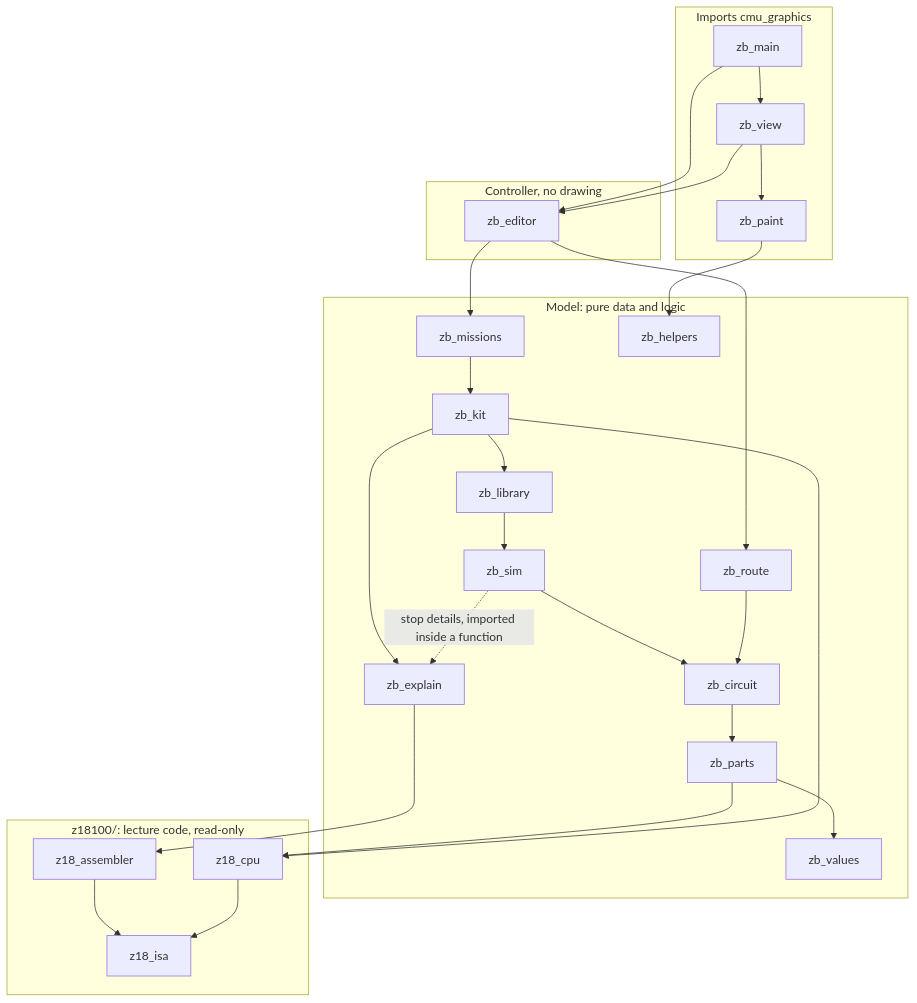
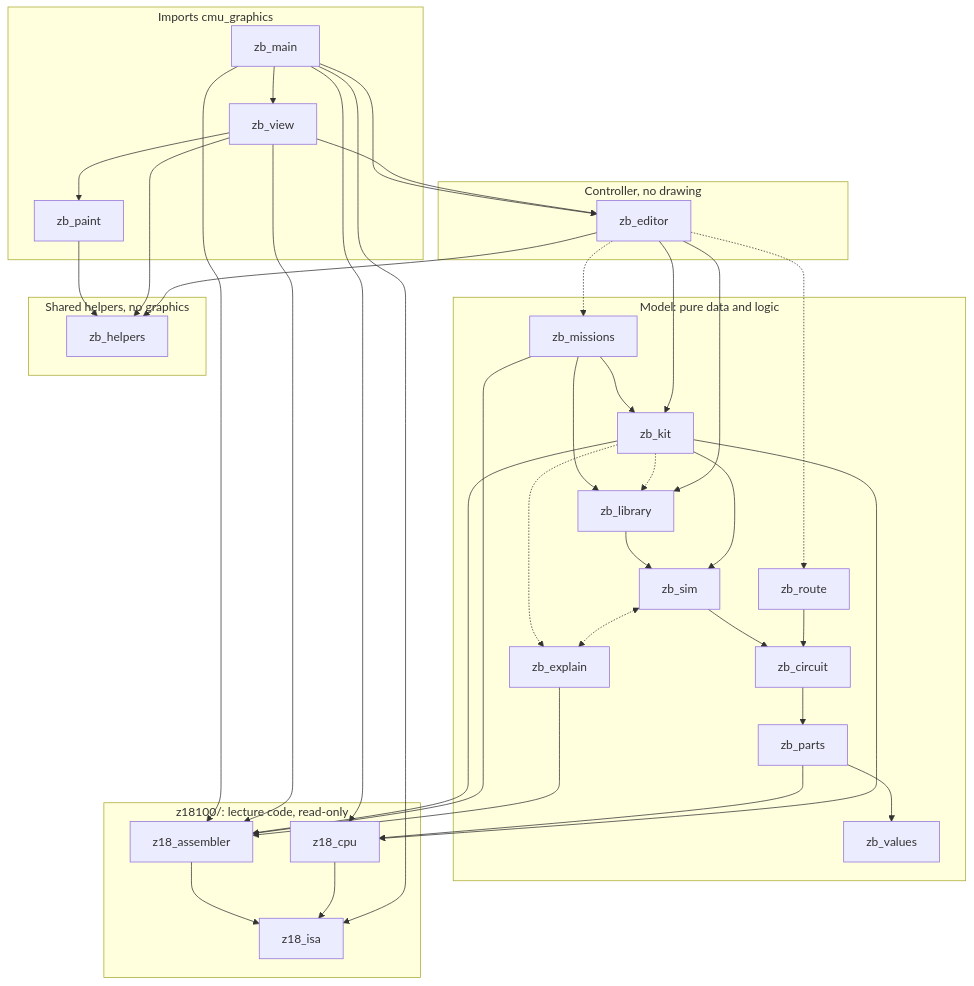
Before and after one commit to cheeseluk/Z18-Builder-Gate-Level-CPU-Builder-: the first of 2 diagrams in Z18 Builder Architecture.md, drawn with Mermaid. The commit also changed other lines of this file, not shown here.

Commit message:
Fix the import diagram in the architecture doc
Mark imports inside functions as dotted, show the sim/explain loop both ways, add the missing imports of lecture code and zb_helpers, and give zb_helpers its own box.

````diff
--- a/Z18 Builder Architecture.md
+++ b/Z18 Builder Architecture.md
@@ -29,28 +29,44 @@
 ```mermaid
 flowchart TB
     subgraph GFX["Imports cmu_graphics"]
         main[zb_main] --> view[zb_view] --> paint[zb_paint]
     end
     subgraph CTRL["Controller, no drawing"]
         editor[zb_editor]
     end
     subgraph MODEL["Model: pure data and logic"]
-        missions[zb_missions] --> kit[zb_kit] --> library[zb_library] --> sim[zb_sim] --> circuit[zb_circuit] --> parts[zb_parts] --> values[zb_values]
-        kit --> explain[zb_explain]
+        missions[zb_missions] --> kit[zb_kit]
+        missions --> library[zb_library]
+        library --> sim[zb_sim] --> circuit[zb_circuit] --> parts[zb_parts] --> values[zb_values]
+        kit -.-> library
+        kit --> sim
+        kit -.-> explain[zb_explain]
+        sim <-.-> explain
         route[zb_route] --> circuit
+    end
+    subgraph SHARED["Shared helpers, no graphics"]
         helpers[zb_helpers]
     end
     subgraph LECTURE["z18100/: lecture code, read-only"]
         asm[z18_assembler] --> isa[z18_isa]
         cpu[z18_cpu] --> isa
     end
     main --> editor
     view --> editor
-    editor --> missions
-    editor --> route
+    editor --> kit
+    editor --> library
+    editor -.-> missions
+    editor -.-> route
     paint --> helpers
-    sim -.->|"stop details, imported inside a function"| explain
+    view --> helpers
+    editor --> helpers
+    main --> cpu
+    main --> asm
+    main --> isa
+    view --> asm
     parts --> cpu
     kit --> cpu
+    kit --> asm
+    missions --> asm
     explain --> asm
 ```
````
